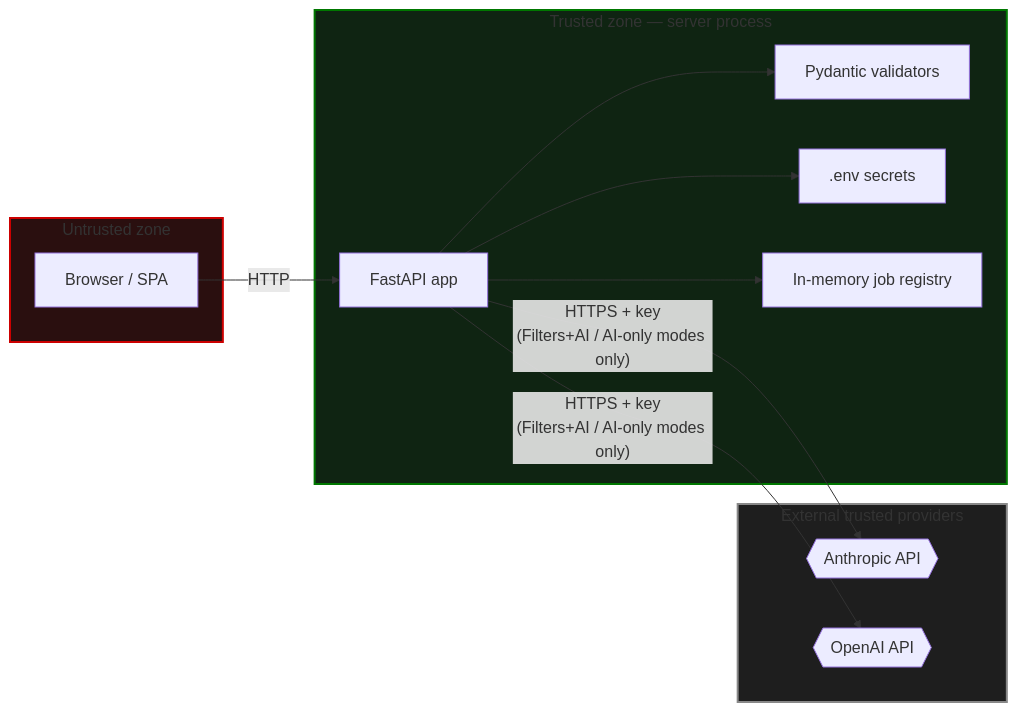
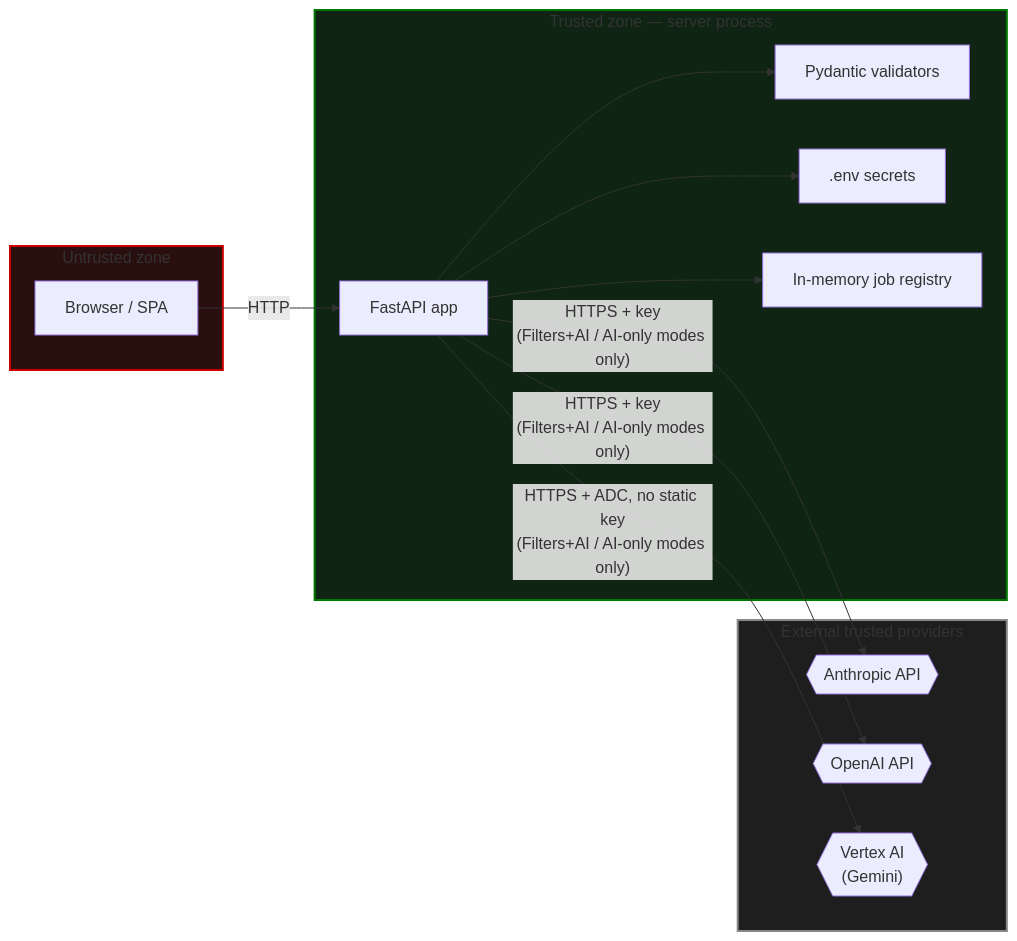
One commit to KhushbuVaishnav/HomeLens changed the sixth of 9 diagrams in docs/architecture.md. Above: the diagram before and after it, drawn with Mermaid. The commit also changed other lines of this file and 2 other files, not shown here.

````diff
--- a/docs/architecture.md
+++ b/docs/architecture.md
@@ -196,29 +202,31 @@
 ```mermaid
 flowchart LR
     subgraph Untrusted["Untrusted zone"]
         Browser["Browser / SPA"]
     end
 
     subgraph Trusted["Trusted zone — server process"]
         API["FastAPI app"]
         Validators["Pydantic validators"]
         Secrets[".env secrets"]
         Jobs["In-memory job registry"]
     end
 
     subgraph External["External trusted providers"]
         Anthropic{{"Anthropic API"}}
         OpenAI{{"OpenAI API"}}
+        Vertex{{"Vertex AI<br/>(Gemini)"}}
     end
 
     Browser -->|HTTP| API
     API --> Validators
     API --> Secrets
     API --> Jobs
     API -->|"HTTPS + key<br/>(Filters+AI / AI-only modes only)"| Anthropic
     API -->|"HTTPS + key<br/>(Filters+AI / AI-only modes only)"| OpenAI
+    API -->|"HTTPS + ADC, no static key<br/>(Filters+AI / AI-only modes only)"| Vertex
 
     style Untrusted fill:#2a0f0f,stroke:#CC0000,stroke-width:2px
     style Trusted fill:#0f2412,stroke:#007700,stroke-width:2px
     style External fill:#1e1e1e,stroke:#888888,stroke-width:2px
 ```
````
